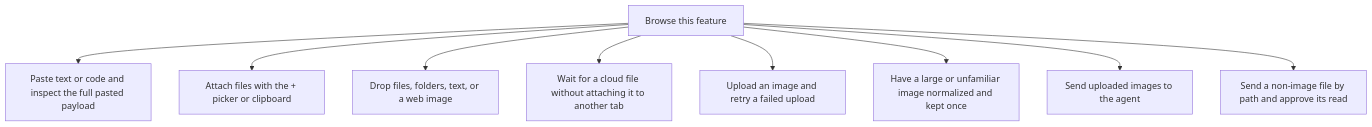
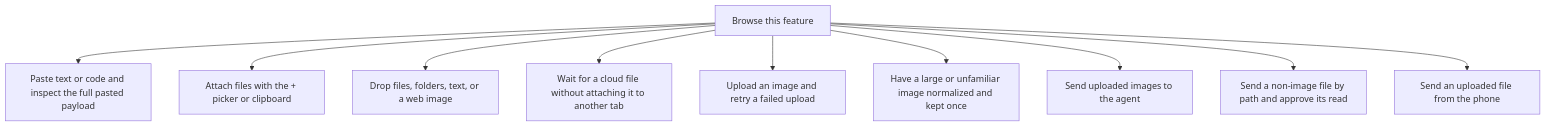
The diagram in docs/state/services/gateway/attachments/README.md (nessalabs/nessa-agent), drawn with Mermaid before and after one commit. The commit also changed other lines of this file and 147 other files, not shown here.

First line of the commit message:
conversation: send stored files from the phone

````diff
--- a/docs/state/services/gateway/attachments/README.md
+++ b/docs/state/services/gateway/attachments/README.md
@@ -36,20 +37,22 @@
 ```mermaid
 flowchart TB
     Feature["Browse this feature"]
     F0["Paste text or code and inspect the full pasted payload"]
     Feature --> F0
     F1["Attach files with the + picker or clipboard"]
     Feature --> F1
     F2["Drop files, folders, text, or a web image"]
     Feature --> F2
     F3["Wait for a cloud file without attaching it to another tab"]
     Feature --> F3
     F4["Upload an image and retry a failed upload"]
     Feature --> F4
     F5["Have a large or unfamiliar image normalized and kept once"]
     Feature --> F5
     F6["Send uploaded images to the agent"]
     Feature --> F6
     F7["Send a non-image file by path and approve its read"]
     Feature --> F7
+    F8["Send an uploaded file from the phone"]
+    Feature --> F8
 ```
````
